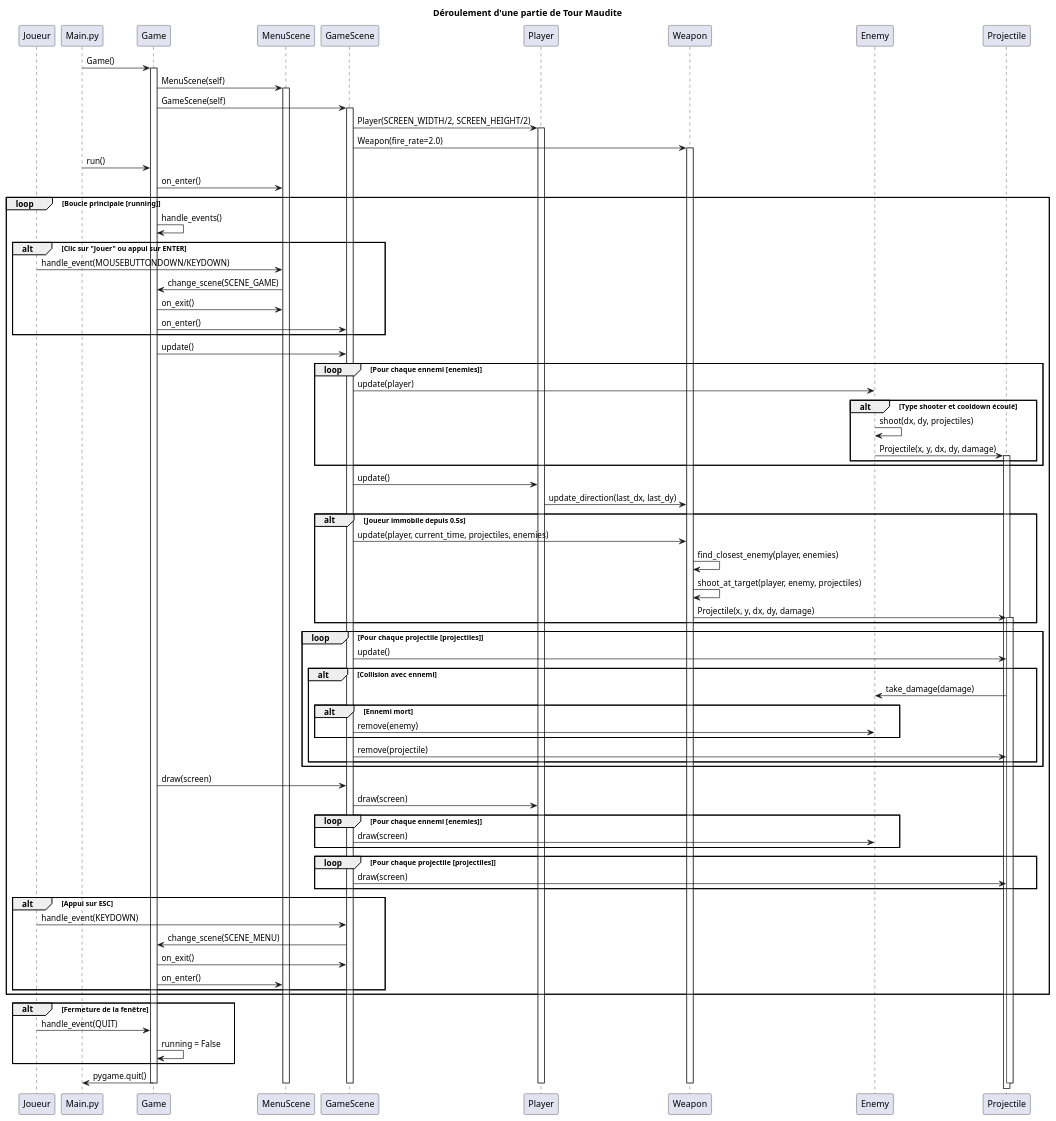
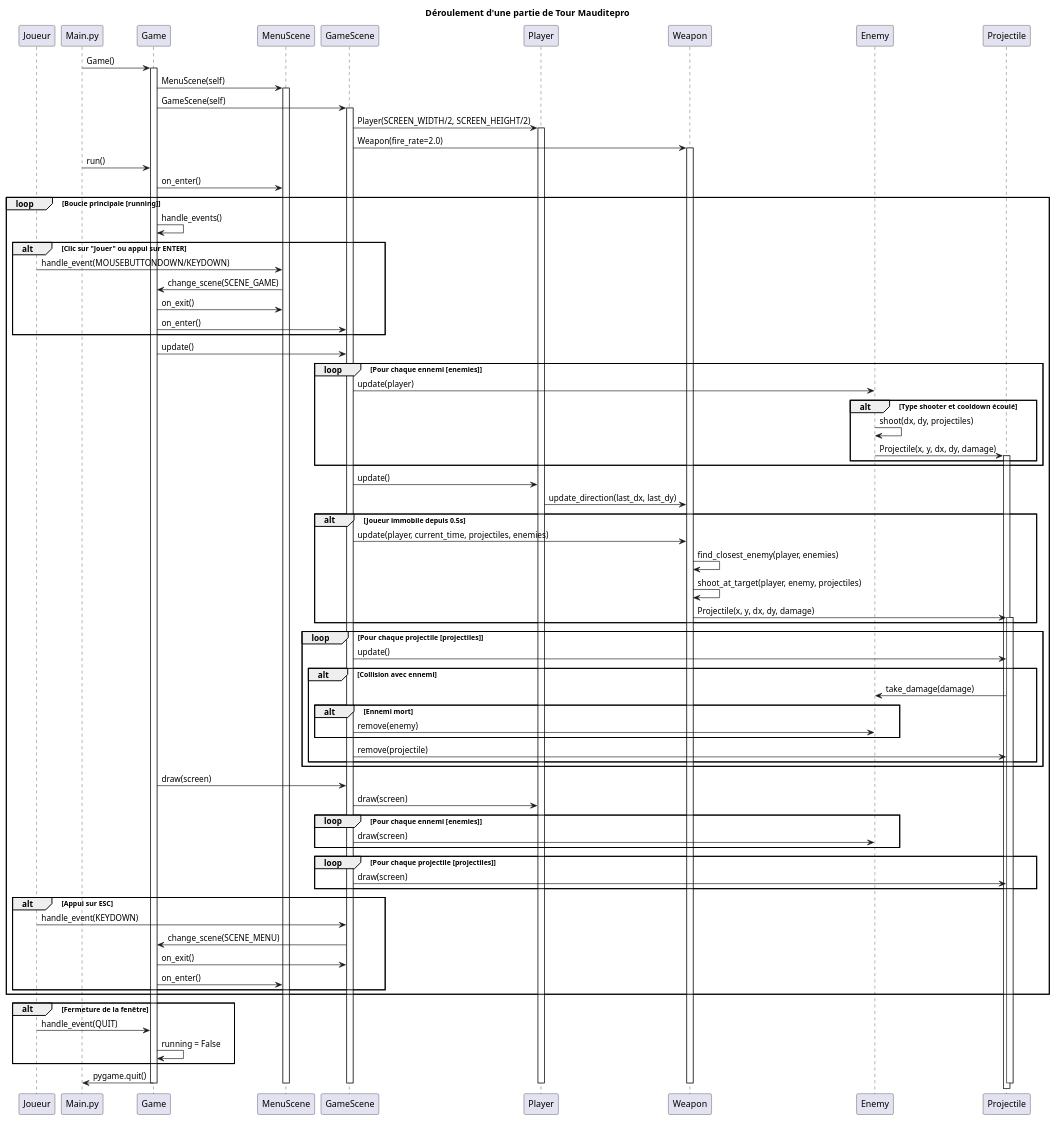
One commit to AzEnTa1/the-cursed-tower changed the diagram in v.pro.plantuml. Above: the diagram before and after it, drawn with PlantUML. The commit also changed 1 other file, not shown here.

Commit message:
rendu chatgpt uml (dans out tjr)

```diff
--- a/v.pro.plantuml
+++ b/v.pro.plantuml
@@ -1,102 +1,102 @@
 @startuml SequenceDiagram
 ' Diagramme de séquence : Déroulement d'une partie
 
-title Déroulement d'une partie de Tour Maudite
+title Déroulement d'une partie de Tour Mauditepro
 
 participant "Joueur" as J
 participant "Main.py" as Main
 participant "Game" as G
 participant "MenuScene" as MS
 participant "GameScene" as GS
 participant "Player" as P
 participant "Weapon" as W
 participant "Enemy" as E
 participant "Projectile" as Proj
 
 Main -> G : Game()
 activate G
 G -> MS : MenuScene(self)
 activate MS
 G -> GS : GameScene(self)
 activate GS
 GS -> P : Player(SCREEN_WIDTH/2, SCREEN_HEIGHT/2)
 activate P
 GS -> W : Weapon(fire_rate=2.0)
 activate W
 
 Main -> G : run()
 G -> MS : on_enter()
 
 loop Boucle principale [running]
     G -> G : handle_events()
     
     alt Clic sur "Jouer" ou appui sur ENTER
         J -> MS : handle_event(MOUSEBUTTONDOWN/KEYDOWN)
         MS -> G : change_scene(SCENE_GAME)
         G -> MS : on_exit()
         G -> GS : on_enter()
     end
     
     G -> GS : update()
     
     loop Pour chaque ennemi [enemies]
         GS -> E : update(player)
         alt Type shooter et cooldown écoulé
             E -> E : shoot(dx, dy, projectiles)
             E -> Proj : Projectile(x, y, dx, dy, damage)
             activate Proj
         end
     end
     
     GS -> P : update()
     P -> W : update_direction(last_dx, last_dy)
     
     alt Joueur immobile depuis 0.5s
         GS -> W : update(player, current_time, projectiles, enemies)
         W -> W : find_closest_enemy(player, enemies)
         W -> W : shoot_at_target(player, enemy, projectiles)
         W -> Proj : Projectile(x, y, dx, dy, damage)
         activate Proj
     end
     
     loop Pour chaque projectile [projectiles]
         GS -> Proj : update()
         alt Collision avec ennemi
             Proj -> E : take_damage(damage)
             alt Ennemi mort
                 GS -> E : remove(enemy)
             end
             GS -> Proj : remove(projectile)
         end
     end
     
     G -> GS : draw(screen)
     GS -> P : draw(screen)
     loop Pour chaque ennemi [enemies]
         GS -> E : draw(screen)
     end
     loop Pour chaque projectile [projectiles]
         GS -> Proj : draw(screen)
     end
     
     alt Appui sur ESC
         J -> GS : handle_event(KEYDOWN)
         GS -> G : change_scene(SCENE_MENU)
         G -> GS : on_exit()
         G -> MS : on_enter()
     end
 end
 
 alt Fermeture de la fenêtre
     J -> G : handle_event(QUIT)
     G -> G : running = False
 end
 
 G -> Main : pygame.quit()
 deactivate Proj
 deactivate W
 deactivate P
 deactivate GS
 deactivate MS
 deactivate G
 @enduml
```
